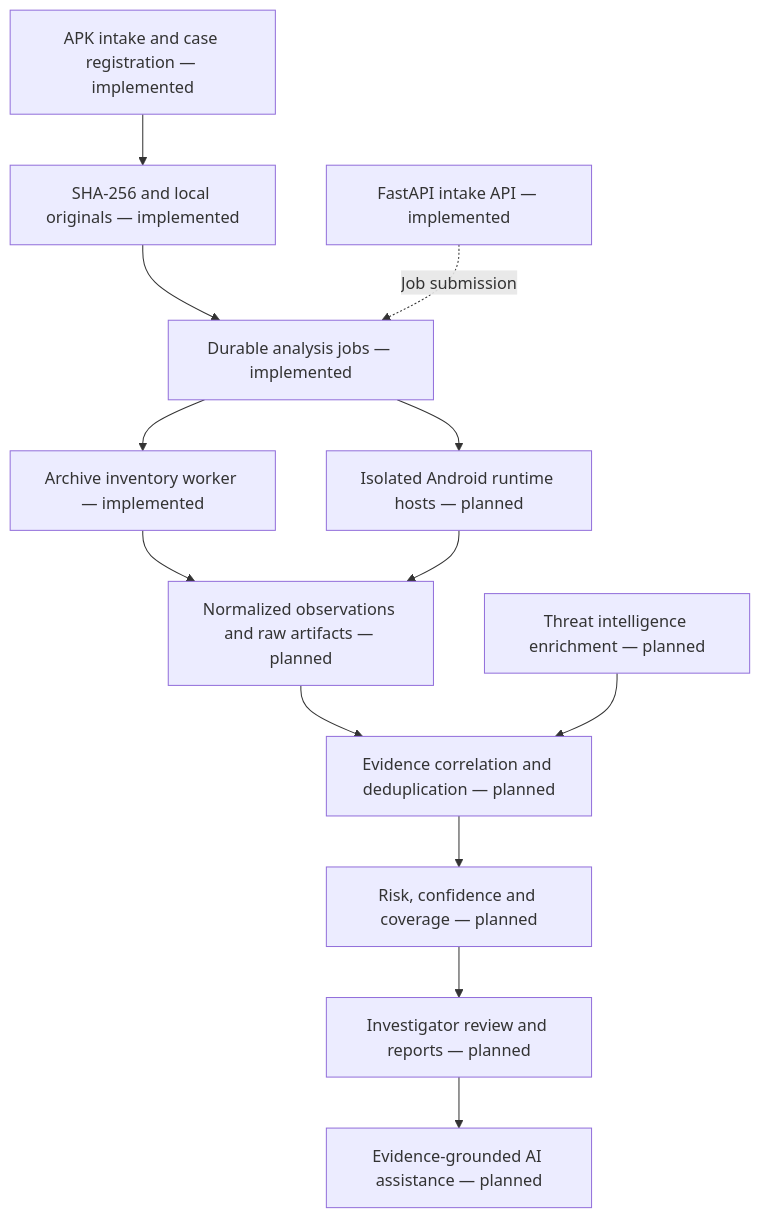
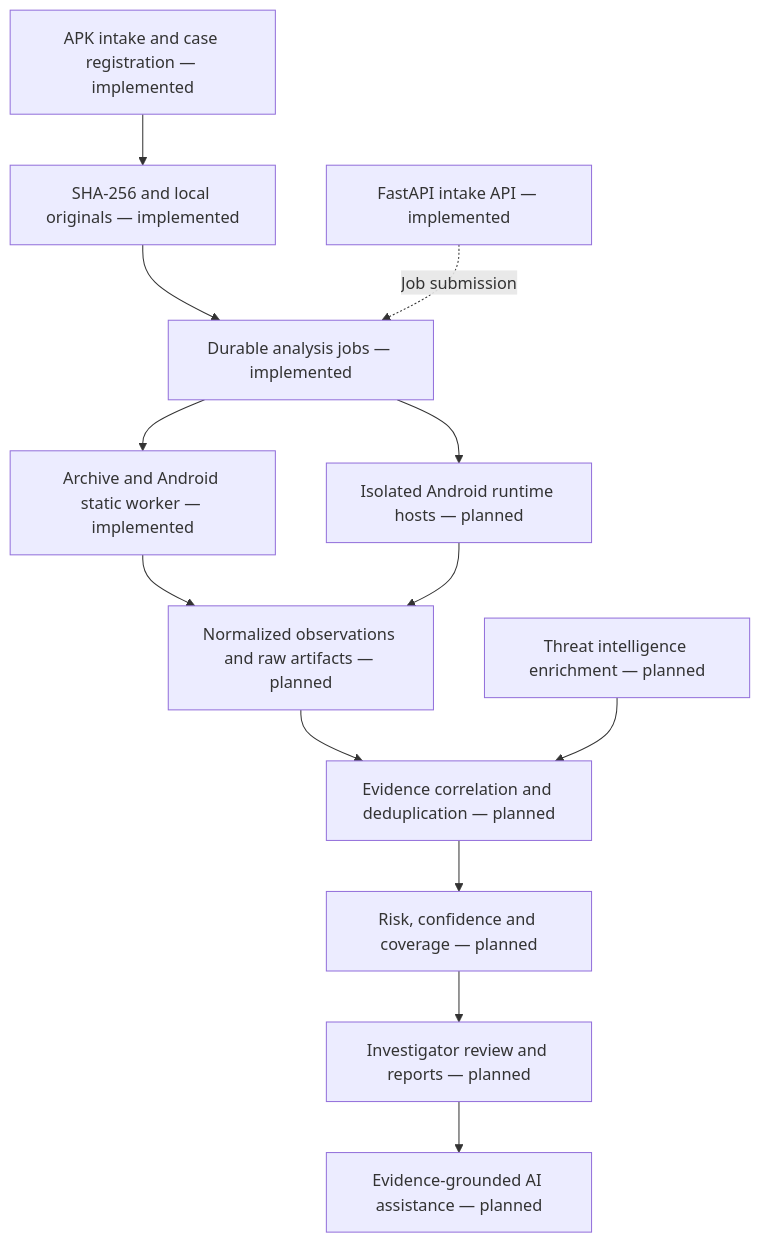
The diagram in README.md (SauravRoy50080/GoDeEp-PS-2), drawn with Mermaid before and after one commit. The commit also changed other lines of this file and 24 other files, not shown here.

Commit message:
feat(static): analyze Android manifests and extract signing evidence

````diff
--- a/README.md
+++ b/README.md
@@ -93,15 +92,15 @@
 ```mermaid
 flowchart TD
     A["APK intake and case registration — implemented"] --> B["SHA-256 and local originals — implemented"]
     B --> C["Durable analysis jobs — implemented"]
-    C --> D["Archive inventory worker — implemented"]
+    C --> D["Archive and Android static worker — implemented"]
     C --> E["Isolated Android runtime hosts — planned"]
     D --> F["Normalized observations and raw artifacts — planned"]
     E --> F
     F --> G["Evidence correlation and deduplication — planned"]
     H["Threat intelligence enrichment — planned"] --> G
     G --> I["Risk, confidence and coverage — planned"]
     I --> J["Investigator review and reports — planned"]
     J --> K["Evidence-grounded AI assistance — planned"]
     L["FastAPI intake API — implemented"] -. "Job submission" .-> C
 ```
````
